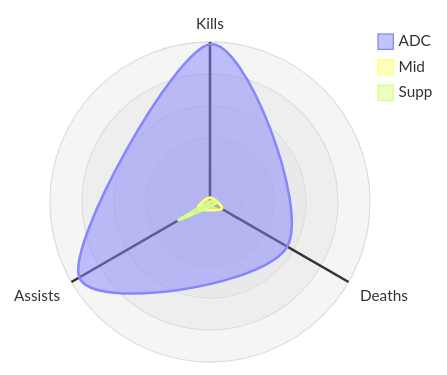
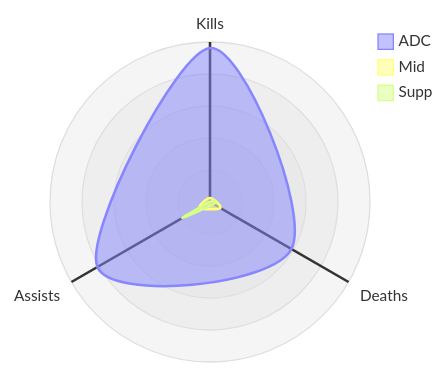
One commit to flowinho/zensical-website changed the second of 5 diagrams in docs/gaming/wild-rift.md. Above: the diagram before and after it, drawn with Mermaid. The commit also changed other lines of this file, not shown here.

````diff
--- a/docs/gaming/wild-rift.md
+++ b/docs/gaming/wild-rift.md
@@ -63,16 +63,16 @@
 ```mermaid
 ---
 config:
   radar:
     width: 250
     height: 250
 ---
 radar-beta
   axis k["Kills"], d["Deaths"], a["Assists"]
-  curve a["ADC"]{69, 39, 66}
+  curve a["ADC"]{77, 47, 65}
   curve m["Mid"]{2, 6, 6}
   curve s["Supp"]{0, 2, 16}
 
-  max 70
+  max 80
   min 0
 ``` 
````
